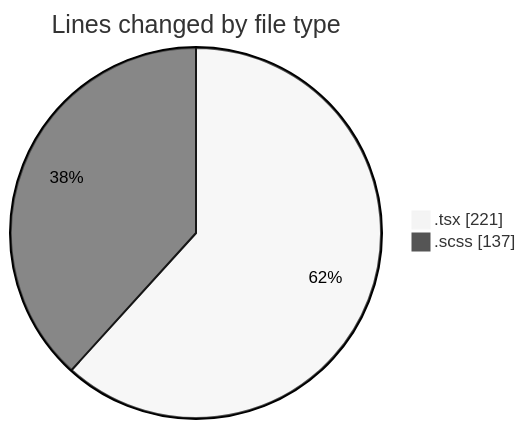
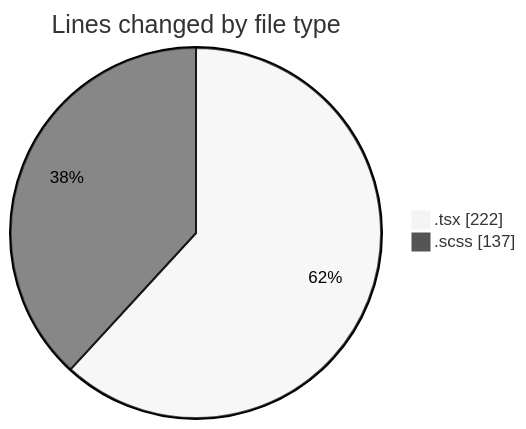
Before and after one commit to momahboobian/code-tracking: the first of 2 diagrams in 2026-04-16/cda/README.md, drawn with Mermaid (neutral theme). The commit also changed other lines of this file and 1 other file, not shown here.

````diff
--- a/2026-04-16/cda/README.md
+++ b/2026-04-16/cda/README.md
@@ -22,6 +22,6 @@
 ```mermaid
 pie showData
 title Lines changed by file type
-".tsx" : 221
+".tsx" : 222
 ".scss" : 137
 ```
````
